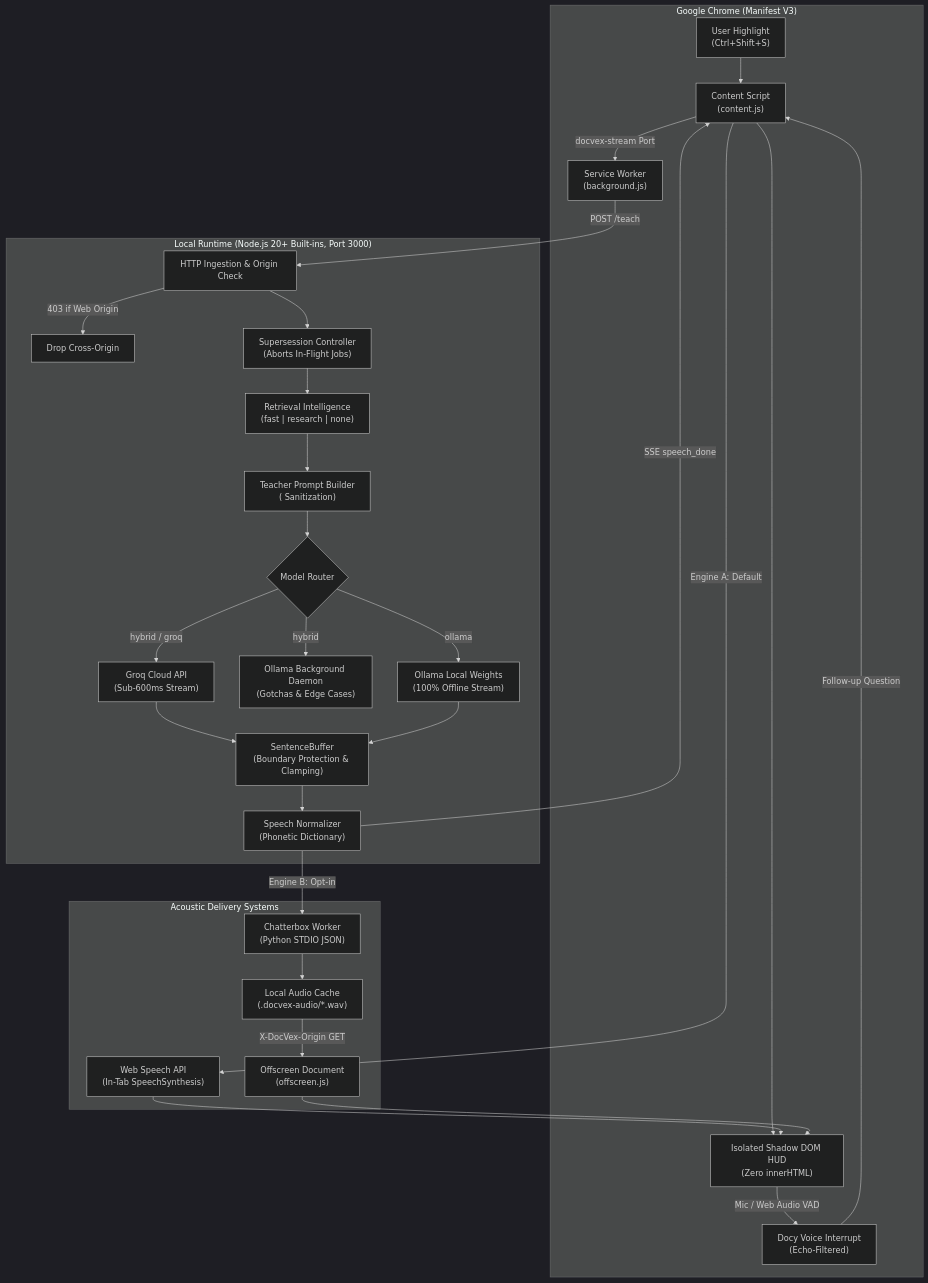
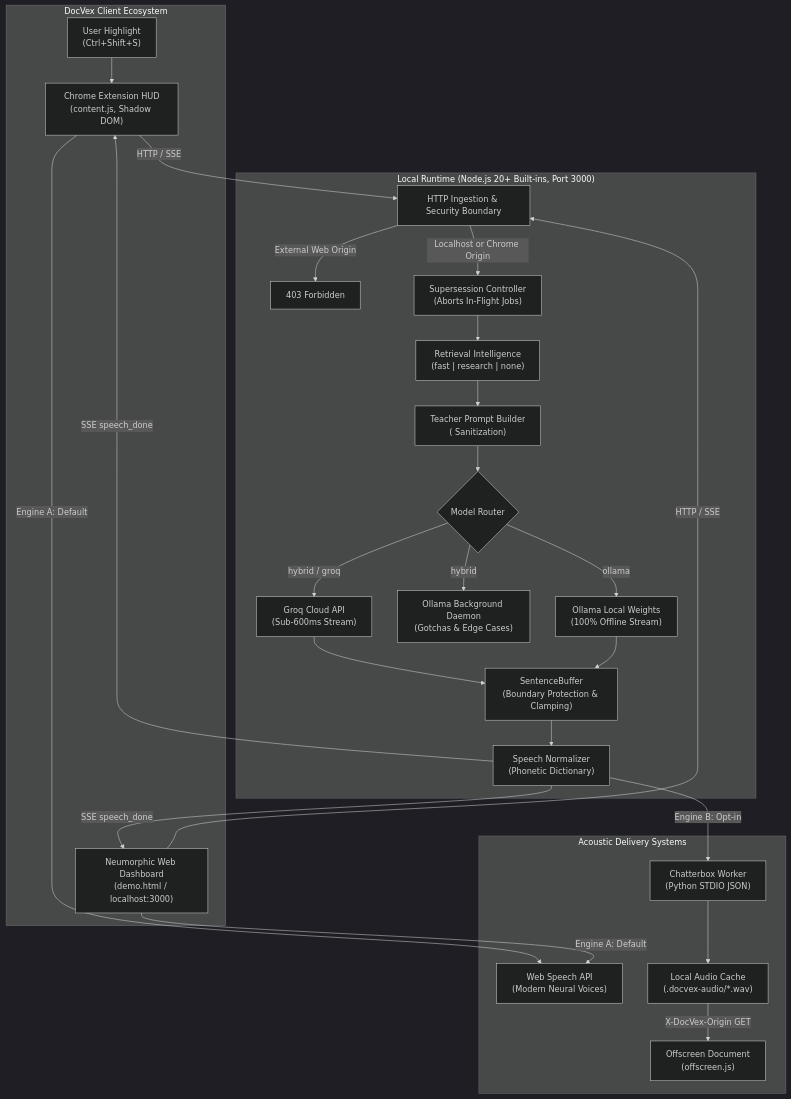
The second of 2 diagrams in README.md (harshakumar25/DOCVEX), drawn with Mermaid (dark theme) before and after one commit. The commit also changed other lines of this file and 7 other files, not shown here.

````diff
--- a/README.md
+++ b/README.md
@@ -54,37 +134,31 @@
 ```mermaid
 flowchart TD
-    subgraph Browser["Google Chrome (Manifest V3)"]
-        A["User Highlight<br/>(Ctrl+Shift+S)"] --> B["Content Script<br/>(content.js)"]
-        B --> C["Isolated Shadow DOM HUD<br/>(Zero innerHTML)"]
-        B -->|docvex-stream Port| D["Service Worker<br/>(background.js)"]
-        C -->|Mic / Web Audio VAD| E["Docy Voice Interrupt<br/>(Echo-Filtered)"]
-        E -->|Follow-up Question| B
+    subgraph Clients["DocVex Client Ecosystem"]
+        A["User Highlight<br/>(Ctrl+Shift+S)"] --> B["Chrome Extension HUD<br/>(content.js, Shadow DOM)"]
+        DASH["Neumorphic Web Dashboard<br/>(demo.html / localhost:3000)"]
     end
 
     subgraph Server["Local Runtime (Node.js 20+ Built-ins, Port 3000)"]
-        D -->|POST /teach| F["HTTP Ingestion & Origin Check"]
-        F -->|403 if Web Origin| F_ERR["Drop Cross-Origin"]
-        F --> G["Supersession Controller<br/>(Aborts In-Flight Jobs)"]
+        B & DASH -->|HTTP / SSE| F["HTTP Ingestion & Security Boundary"]
+        F -->|External Web Origin| F_ERR["403 Forbidden"]
+        F -->|Localhost or Chrome Origin| G["Supersession Controller<br/>(Aborts In-Flight Jobs)"]
         G --> H["Retrieval Intelligence<br/>(fast | research | none)"]
         H --> I["Teacher Prompt Builder<br/>(<evidence> Sanitization)"]
         I --> J{"Model Router"}
         
         J -->|hybrid / groq| K["Groq Cloud API<br/>(Sub-600ms Stream)"]
         J -->|hybrid| L["Ollama Background Daemon<br/>(Gotchas & Edge Cases)"]
         J -->|ollama| M["Ollama Local Weights<br/>(100% Offline Stream)"]
 
         K & M --> N["SentenceBuffer<br/>(Boundary Protection & Clamping)"]
         N --> O["Speech Normalizer<br/>(Phonetic Dictionary)"]
     end
 
     subgraph AudioEngine["Acoustic Delivery Systems"]
-        O -->|SSE speech_done| B
-        B -->|Engine A: Default| P["Web Speech API<br/>(In-Tab SpeechSynthesis)"]
+        O -->|SSE speech_done| B & DASH
+        B & DASH -->|Engine A: Default| P["Web Speech API<br/>(Modern Neural Voices)"]
         O -->|Engine B: Opt-in| Q["Chatterbox Worker<br/>(Python STDIO JSON)"]
         Q --> R["Local Audio Cache<br/>(.docvex-audio/*.wav)"]
         R -->|X-DocVex-Origin GET| S["Offscreen Document<br/>(offscreen.js)"]
     end
-
-    P --> C
-    S --> C
 ```
````
